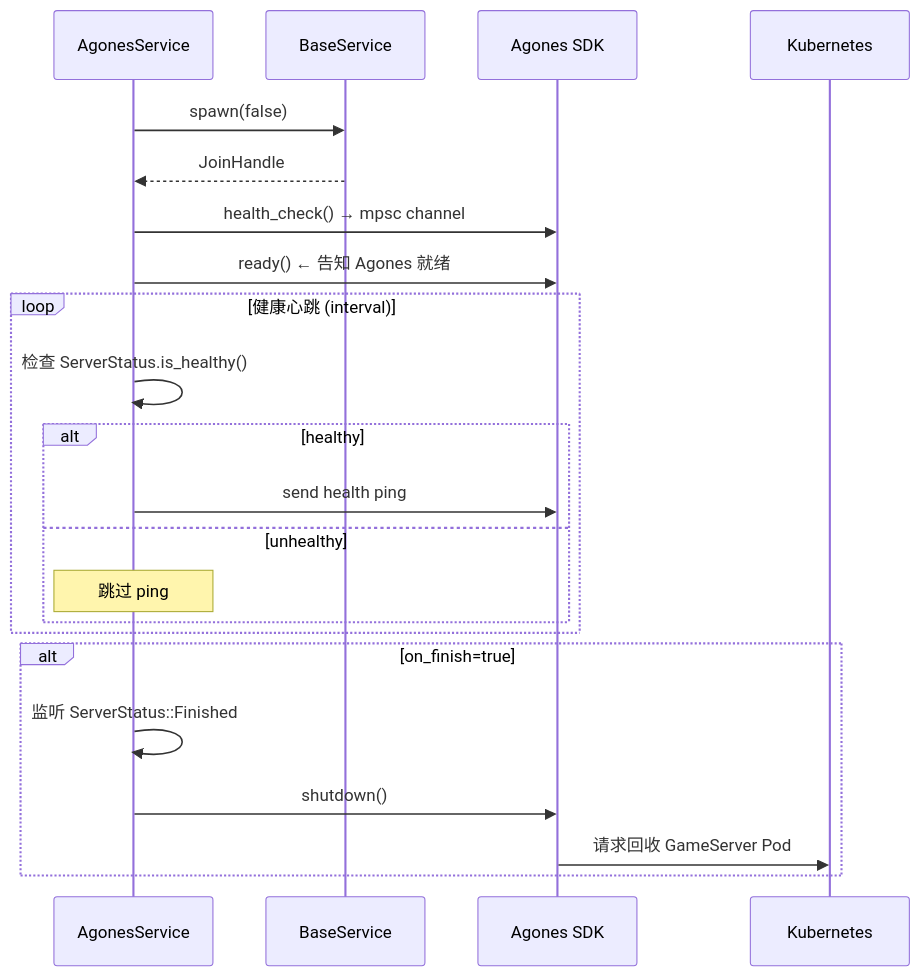
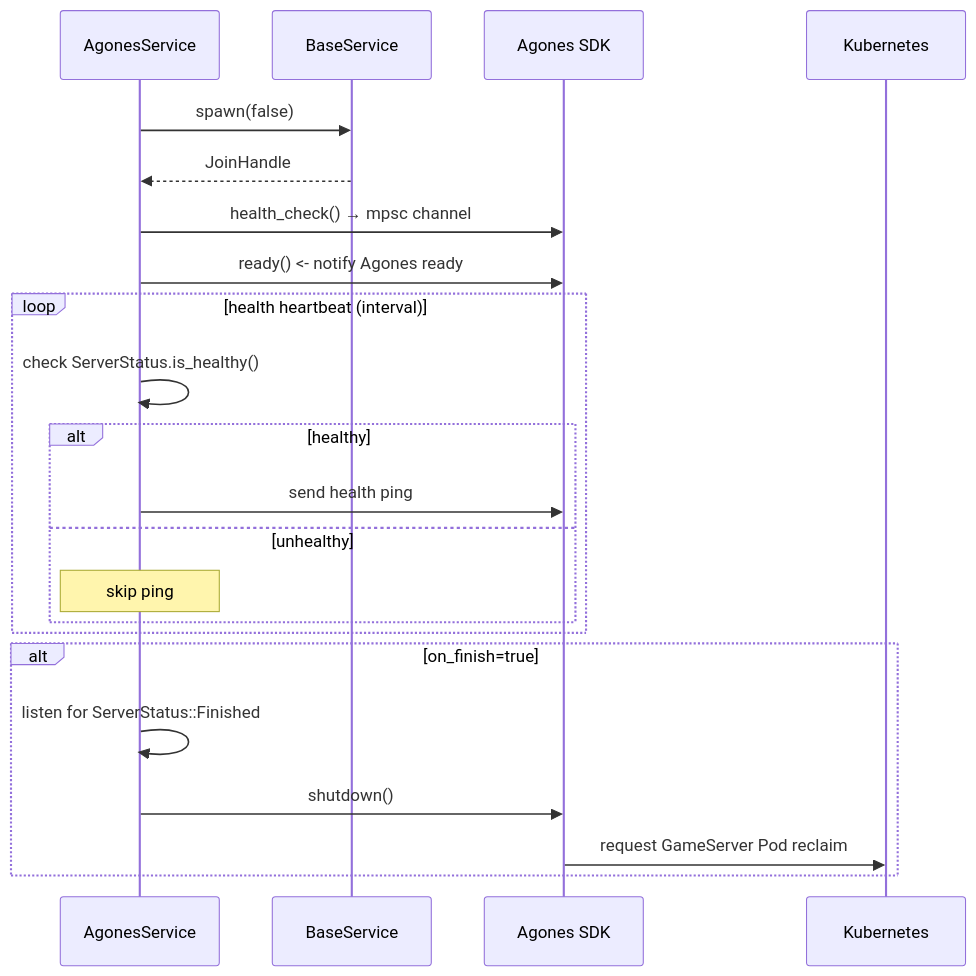
Before and after one commit to NN-4H0U/cluster: the ninth of 20 diagrams in docs/REPORT.md, drawn with Mermaid. The commit also changed other lines of this file, not shown here.

Commit message:
fix: fix AppState lifecycle mermaid parse error and translate all diagrams to English

````diff
--- a/docs/REPORT.md
+++ b/docs/REPORT.md
@@ -246,27 +246,27 @@
 ```mermaid
 sequenceDiagram
     participant SVC as AgonesService
     participant BS as BaseService
     participant SDK as Agones SDK
     participant K8S as Kubernetes
 
     SVC->>BS: spawn(false)
     BS-->>SVC: JoinHandle
     SVC->>SDK: health_check() → mpsc channel
-    SVC->>SDK: ready() ← 告知 Agones 就绪
+    SVC->>SDK: ready() <- notify Agones ready
 
-    loop 健康心跳 (interval)
-        SVC->>SVC: 检查 ServerStatus.is_healthy()
+    loop health heartbeat (interval)
+        SVC->>SVC: check ServerStatus.is_healthy()
         alt healthy
             SVC->>SDK: send health ping
         else unhealthy
-            Note over SVC: 跳过 ping
+            Note over SVC: skip ping
         end
     end
 
     alt on_finish=true
-        SVC->>SVC: 监听 ServerStatus::Finished
+        SVC->>SVC: listen for ServerStatus::Finished
         SVC->>SDK: shutdown()
-        SDK->>K8S: 请求回收 GameServer Pod
+        SDK->>K8S: request GameServer Pod reclaim
     end
 ```
````
